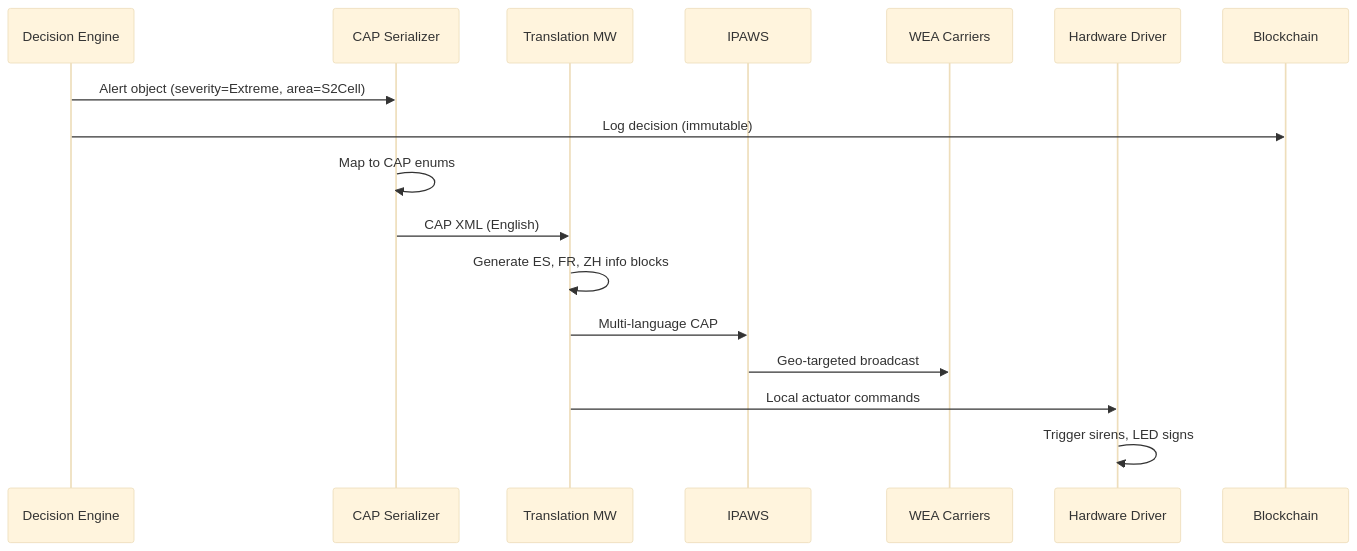
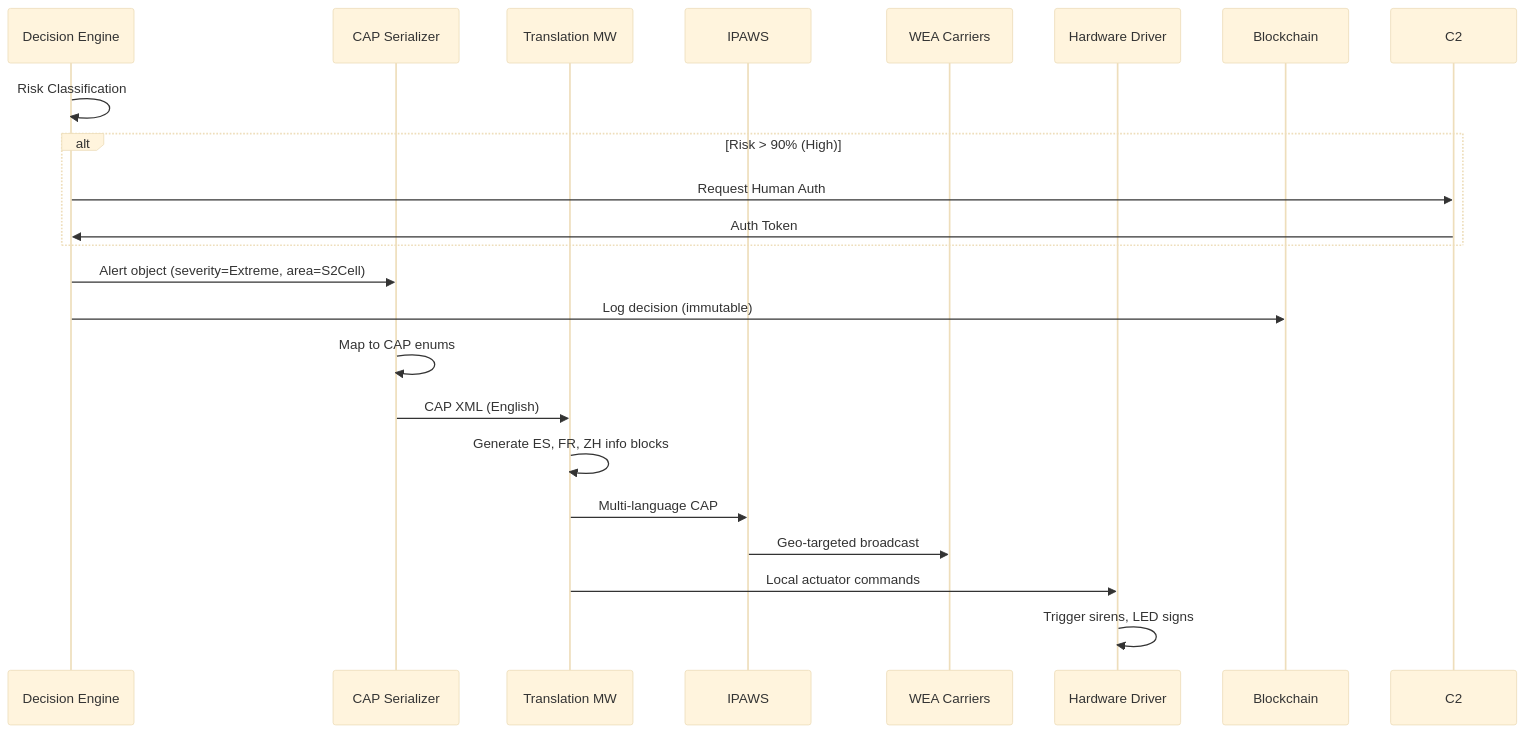
The fifth of 7 diagrams in ARCHITECTURE/DataFlow.md (andreibesleaga/mobile-mesh-ews), drawn with Mermaid (base theme) before and after one commit. The commit also changed 10 other files, not shown here.

````diff
--- a/ARCHITECTURE/DataFlow.md
+++ b/ARCHITECTURE/DataFlow.md
@@ -208,20 +208,26 @@
 ```mermaid
 sequenceDiagram
     participant D as Decision Engine
     participant C as CAP Serializer
     participant T as Translation MW
     participant IPAWS as IPAWS
     participant WEA as WEA Carriers
     participant HW as Hardware Driver
     participant B as Blockchain
 
+    D->>D: Risk Classification
+    alt Risk > 90% (High)
+        D->>C2: Request Human Auth
+        C2->>D: Auth Token
+    end
+    
     D->>C: Alert object (severity=Extreme, area=S2Cell)
     D->>B: Log decision (immutable)
     C->>C: Map to CAP enums
     C->>T: CAP XML (English)
     T->>T: Generate ES, FR, ZH info blocks
     T->>IPAWS: Multi-language CAP
     IPAWS->>WEA: Geo-targeted broadcast
     T->>HW: Local actuator commands
     HW->>HW: Trigger sirens, LED signs
 ```
````
